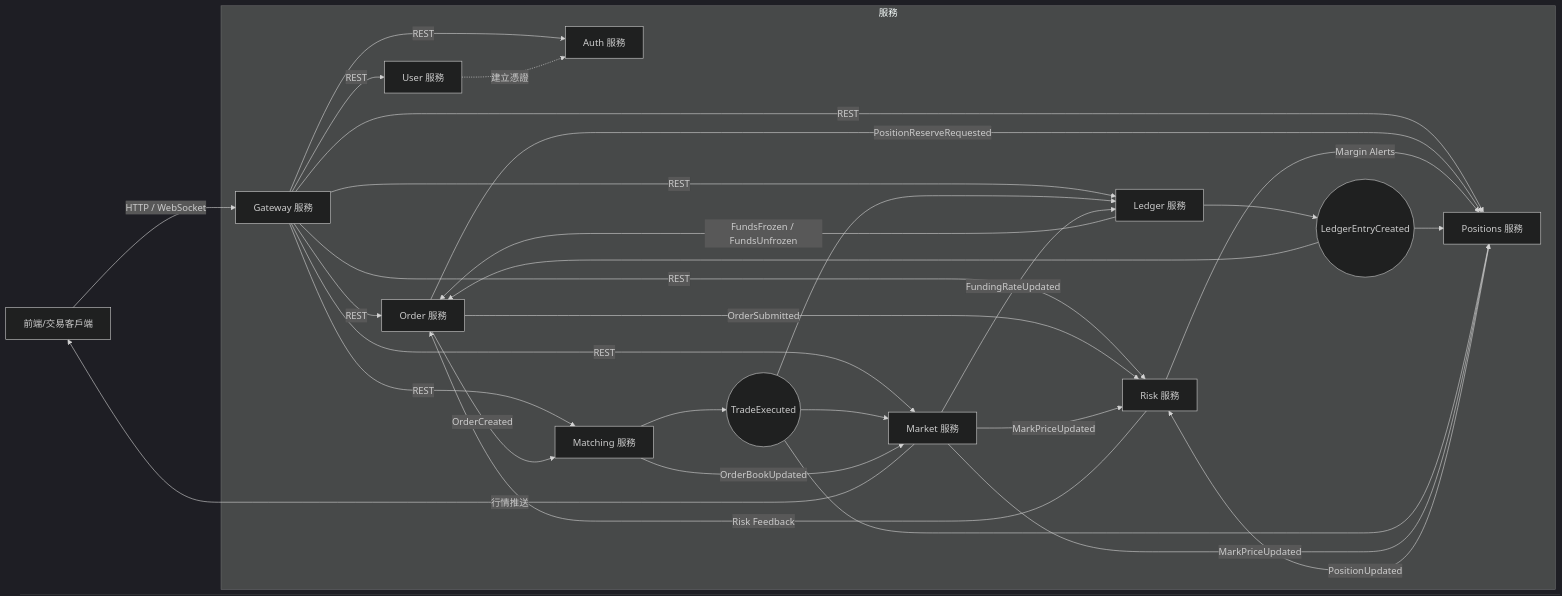
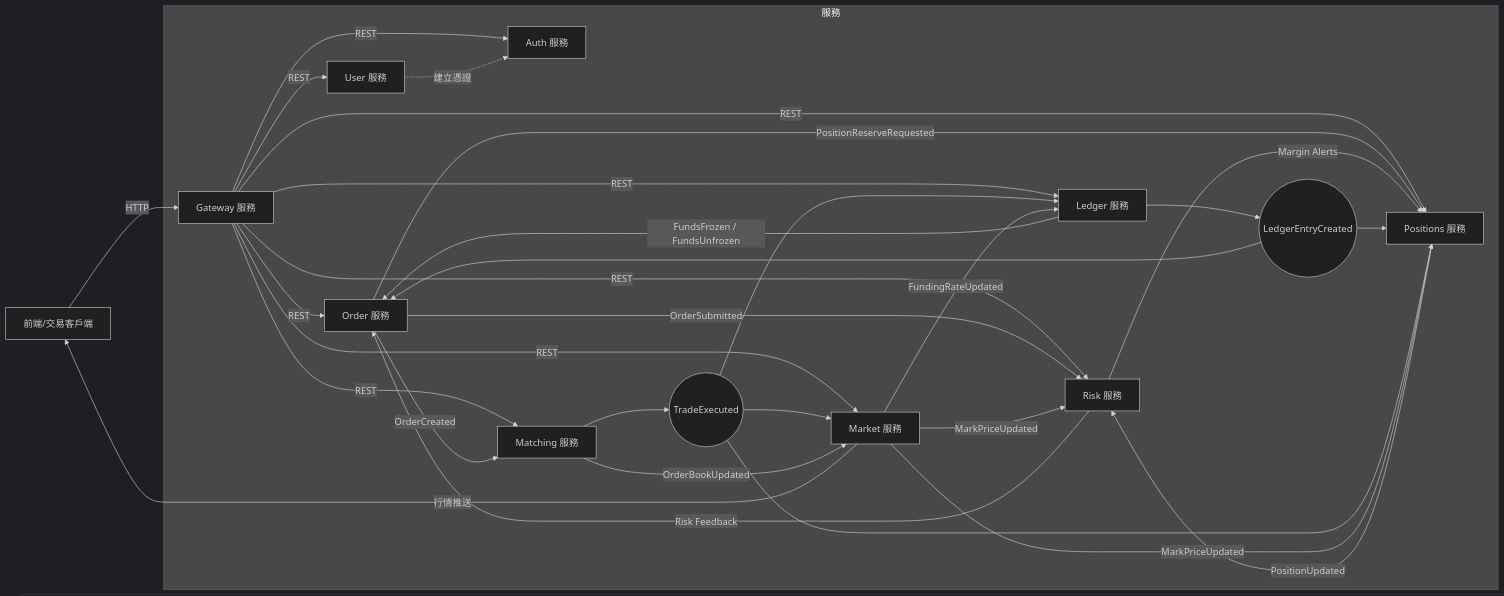
The first of 5 diagrams in design/exchange/整體設計.md (vincentf13/open.vincentf13), drawn with Mermaid (dark theme) before and after one commit. The commit also changed other lines of this file, not shown here.

````diff
--- a/design/exchange/整體設計.md
+++ b/design/exchange/整體設計.md
@@ -297,57 +295,57 @@
 ```mermaid
 flowchart LR
     Client[前端/交易客戶端]
 
     subgraph Services[服務]
         Gateway[Gateway 服務]
         Auth[Auth 服務]
         User[User 服務]
         OrderSvc[Order 服務]
         RiskSvc[Risk 服務]
         LedgerSvc[Ledger 服務]
         PositionsSvc[Positions 服務]
         MarketSvc[Market 服務]
         MatchingSvc[Matching 服務]
 
         %% 事件節點
         LedgerEntryEvt((LedgerEntryCreated))
         TradeExecutedEvt((TradeExecuted))
     end
 
-    Client -->|HTTP / WebSocket| Gateway
+    Client -->|HTTP| Gateway
     Gateway -->|REST| Auth
     Gateway -->|REST| User
     Gateway -->|REST| OrderSvc
     Gateway -->|REST| RiskSvc
     Gateway -->|REST| LedgerSvc
     Gateway -->|REST| PositionsSvc
     Gateway -->|REST| MarketSvc
     Gateway -->|REST| MatchingSvc
     User -.->|建立憑證| Auth
 
     OrderSvc -- OrderSubmitted --> RiskSvc
     OrderSvc -- PositionReserveRequested --> PositionsSvc
     OrderSvc -- OrderCreated --> MatchingSvc
 
     RiskSvc -- Risk Feedback --> OrderSvc
     RiskSvc -- Margin Alerts --> PositionsSvc
 
     LedgerSvc --> LedgerEntryEvt
     LedgerEntryEvt --> OrderSvc
     LedgerEntryEvt --> PositionsSvc
     LedgerSvc -- FundsFrozen / FundsUnfrozen --> OrderSvc
 
     MatchingSvc --> TradeExecutedEvt
     TradeExecutedEvt --> MarketSvc
     TradeExecutedEvt --> LedgerSvc
     TradeExecutedEvt --> PositionsSvc
     MatchingSvc -- OrderBookUpdated --> MarketSvc
 
     PositionsSvc -- PositionUpdated --> RiskSvc
 
     MarketSvc -- MarkPriceUpdated --> RiskSvc
     MarketSvc -- MarkPriceUpdated --> PositionsSvc
     MarketSvc -- FundingRateUpdated --> LedgerSvc
 
     MarketSvc -->|行情推送| Client
 ```
````
